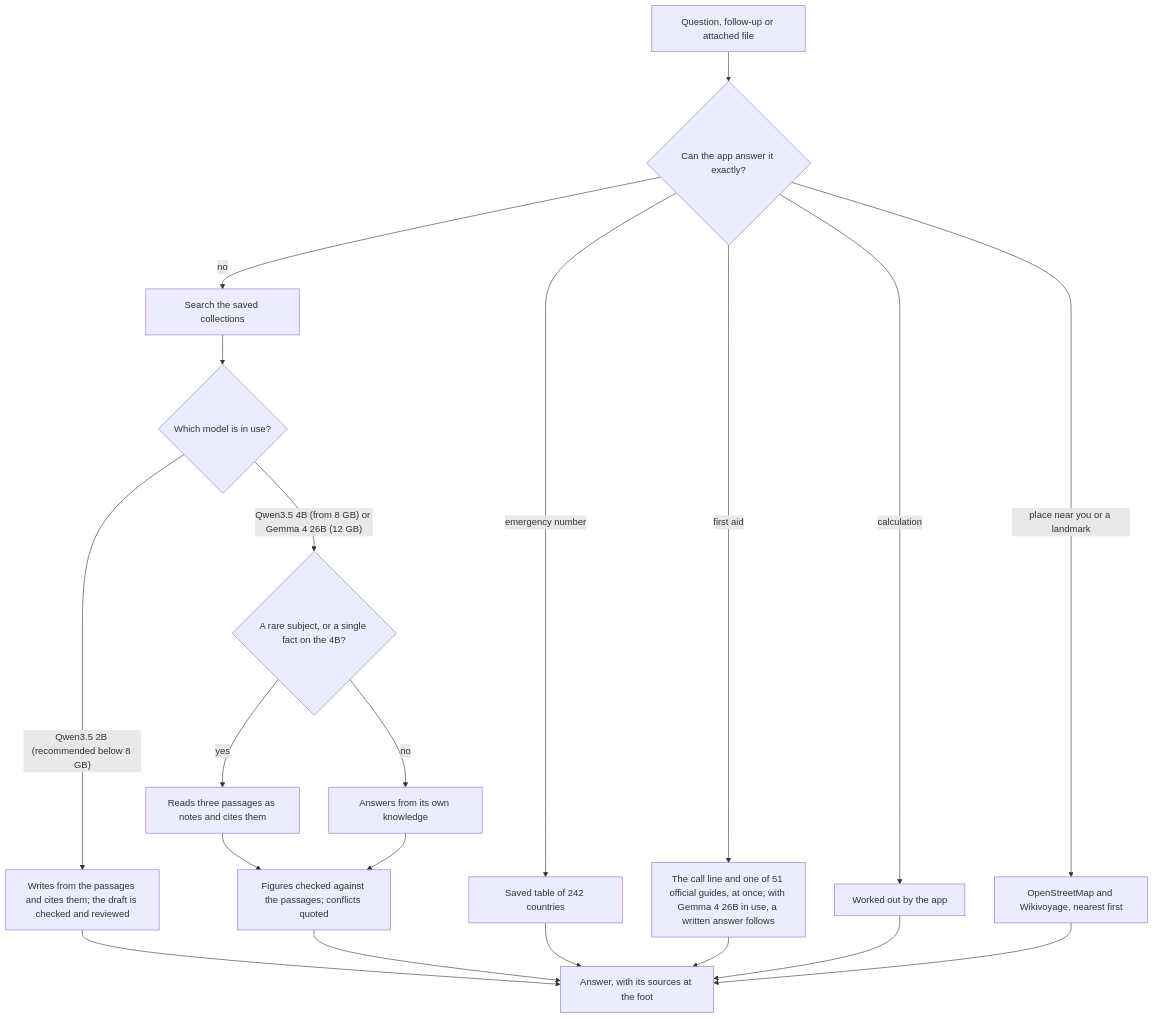
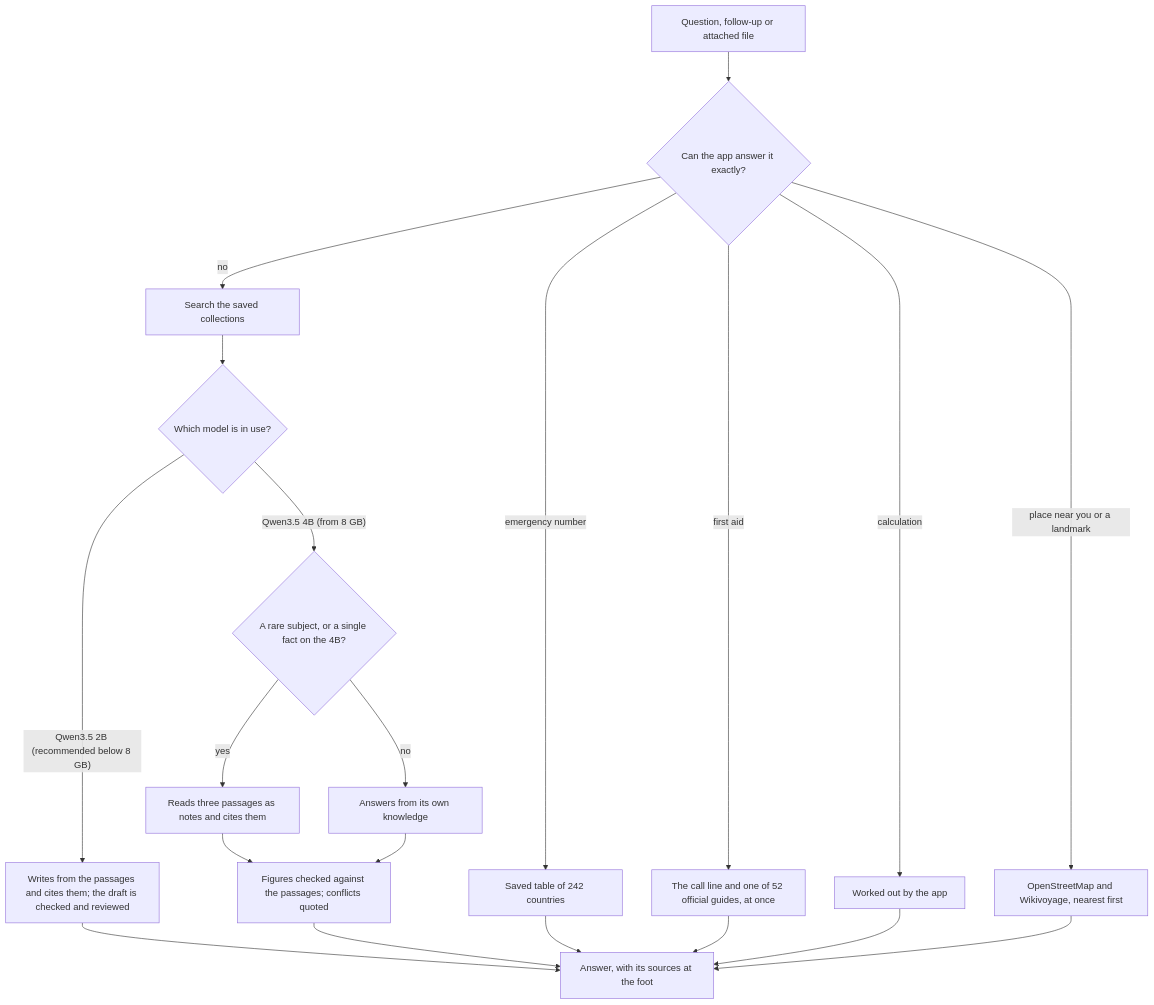
Before and after one commit to 0x94t3z/fieldatlas: the diagram in docs/how-it-works.md, drawn with Mermaid. The commit also changed other lines of this file and 8 other files, not shown here.

Commit message:
Describe 1.4.3: the safety update, 52 guides, and Gemma 4 26B no longer offered

````diff
--- a/docs/how-it-works.md
+++ b/docs/how-it-works.md
@@ -18,22 +18,22 @@
 ```mermaid
 flowchart TD
     Q["Question, follow-up or attached file"] --> D{"Can the app answer it exactly?"}
     D -->|"emergency number"| N["Saved table of 242 countries"]
-    D -->|"first aid"| G["The call line and one of 51 official guides, at once; with Gemma 4 26B in use, a written answer follows"]
+    D -->|"first aid"| G["The call line and one of 52 official guides, at once"]
     D -->|"calculation"| C["Worked out by the app"]
     D -->|"place near you or a landmark"| P["OpenStreetMap and Wikivoyage, nearest first"]
     D -->|"no"| S["Search the saved collections"]
     S --> M{"Which model is in use?"}
     M -->|"Qwen3.5 2B (recommended below 8 GB)"| W1["Writes from the passages and cites them; the draft is checked and reviewed"]
-    M -->|"Qwen3.5 4B (from 8 GB) or Gemma 4 26B (12 GB)"| R{"A rare subject, or a single fact on the 4B?"}
+    M -->|"Qwen3.5 4B (from 8 GB)"| R{"A rare subject, or a single fact on the 4B?"}
     R -->|"yes"| W2["Reads three passages as notes and cites them"]
     R -->|"no"| W3["Answers from its own knowledge"]
     W2 --> F["Figures checked against the passages; conflicts quoted"]
     W3 --> F
     W1 --> A["Answer, with its sources at the foot"]
     F --> A
     N --> A
     G --> A
     C --> A
     P --> A
 ```
````
